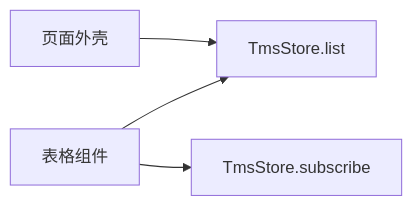
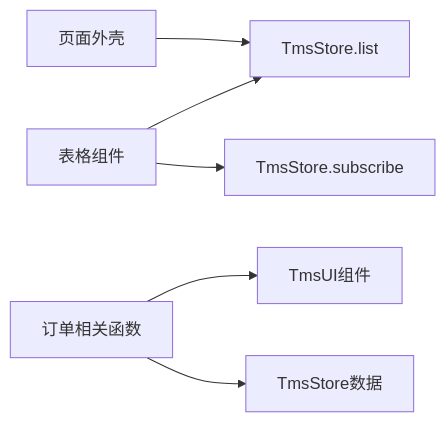
One commit to PengLine/blog-tms changed the eighth of 10 diagrams in .qoder/repowiki/zh/content/系统架构设计/UI组件架构/UI组件架构.md. Above: the diagram before and after it, drawn with Mermaid. The commit also changed other lines of this file and 101 other files, not shown here.

````diff
--- a/.qoder/repowiki/zh/content/系统架构设计/UI组件架构/UI组件架构.md
+++ b/.qoder/repowiki/zh/content/系统架构设计/UI组件架构/UI组件架构.md
@@ -275,6 +327,8 @@
 ```mermaid
 graph LR
 TmsUI_Table["表格组件"] --> TmsStore_List["TmsStore.list"]
 TmsUI_Table --> TmsStore_Subscribe["TmsStore.subscribe"]
 TmsUI_Shell["页面外壳"] --> TmsStore_List
+TmsPages_Order["订单相关函数"] --> TmsUI_Components["TmsUI组件"]
+TmsPages_Order --> TmsStore_Data["TmsStore数据"]
 ```
````
